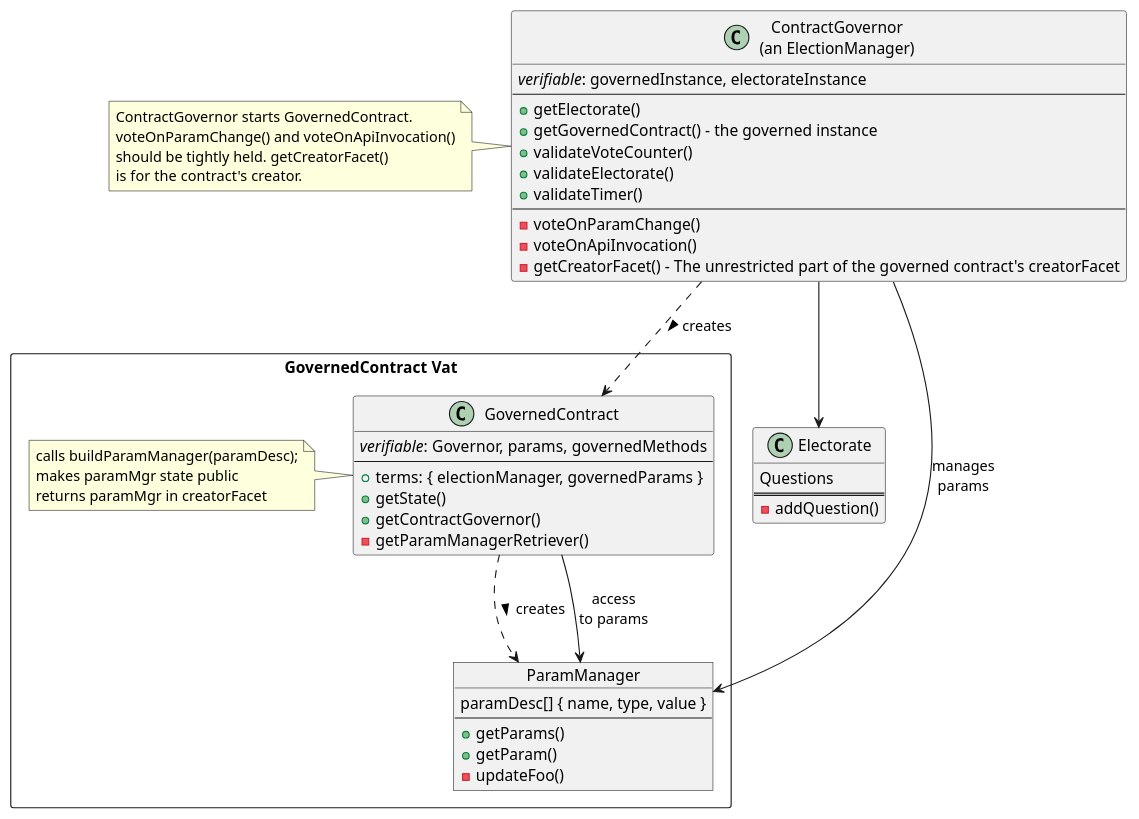
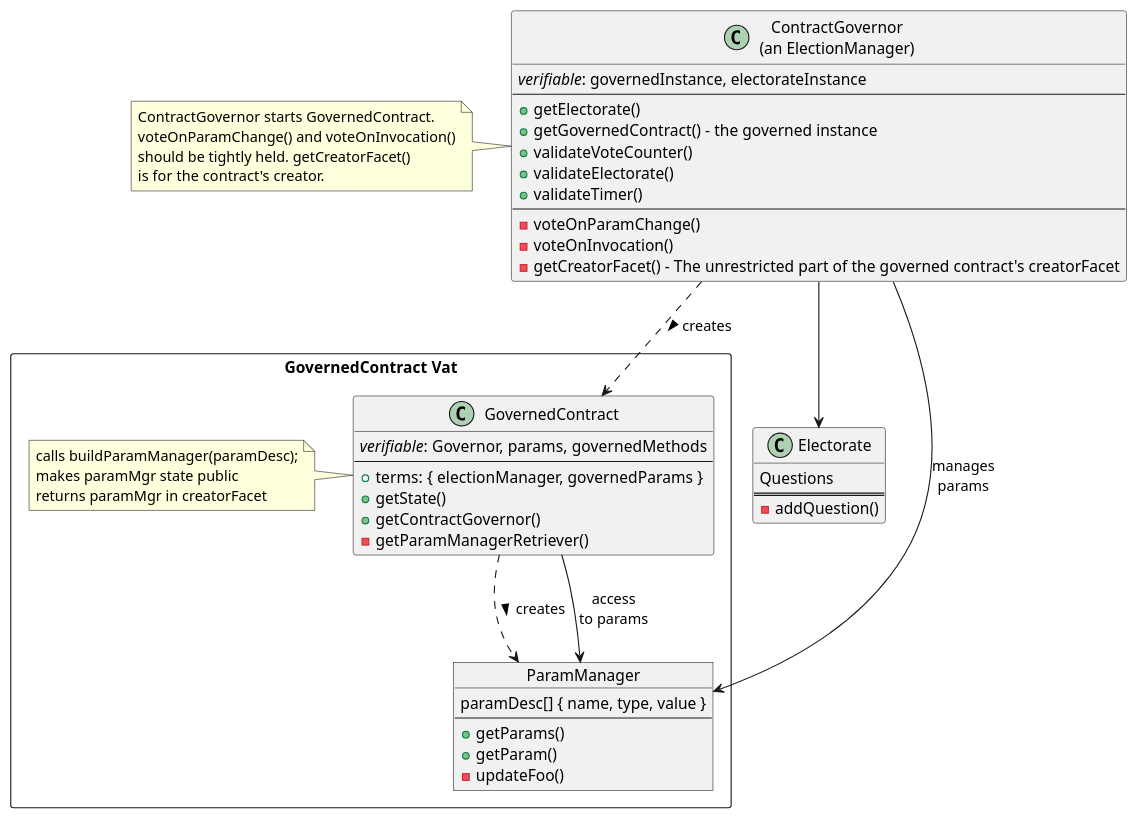
Before and after one commit to Agoric/agoric-sdk: the diagram in packages/governance/docs/contractGovernance.puml, drawn with PlantUML. The commit also changed 6 other files, not shown here.

Commit message:
s/OnApiInvocation/OnInvocation/g

```diff
--- a/packages/governance/docs/contractGovernance.puml
+++ b/packages/governance/docs/contractGovernance.puml
@@ -1,50 +1,50 @@
 @startuml contractGovernance
 
 package "GovernedContract Vat" <<Rectangle>>  {
     Object ParamManager {
         paramDesc[] { name, type, value }
         --
         +getParams()
         +getParam()
         -updateFoo()
     }
 
     class GovernedContract {
         <i>verifiable</i>: Governor, params, governedMethods
         --
         +terms: { electionManager, governedParams }
         +getState()
         +getContractGovernor()
         -getParamManagerRetriever()
     }
     note  left : calls buildParamManager(paramDesc);\nmakes paramMgr state public\nreturns paramMgr in creatorFacet
 }
 
 class "ContractGovernor\n(an ElectionManager)" as ContractGovernor {
     <i>verifiable</i>: governedInstance, electorateInstance
     --
     +getElectorate()
     +getGovernedContract() - the governed instance
     +validateVoteCounter()
     +validateElectorate()
     +validateTimer()
     --
     -voteOnParamChange()
-    -voteOnApiInvocation()
+    -voteOnInvocation()
     -getCreatorFacet() - The unrestricted part of the governed contract's creatorFacet
 }
-note left : ContractGovernor starts GovernedContract.\nvoteOnParamChange() and voteOnApiInvocation()\nshould be tightly held. getCreatorFacet()\nis for the contract's creator.
+note left : ContractGovernor starts GovernedContract.\nvoteOnParamChange() and voteOnInvocation()\nshould be tightly held. getCreatorFacet()\nis for the contract's creator.
 
 class Electorate {
     Questions
     ===
     -addQuestion()
 }
 
 GovernedContract ..> ParamManager : creates >
 GovernedContract --> ParamManager : access\nto params
 ContractGovernor ..> GovernedContract : creates >
 ContractGovernor --> Electorate
 ContractGovernor ==> ParamManager : manages\nparams
 
 @enduml
```
